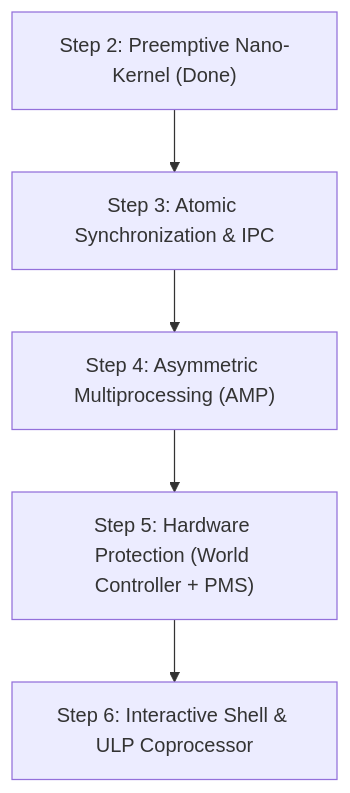
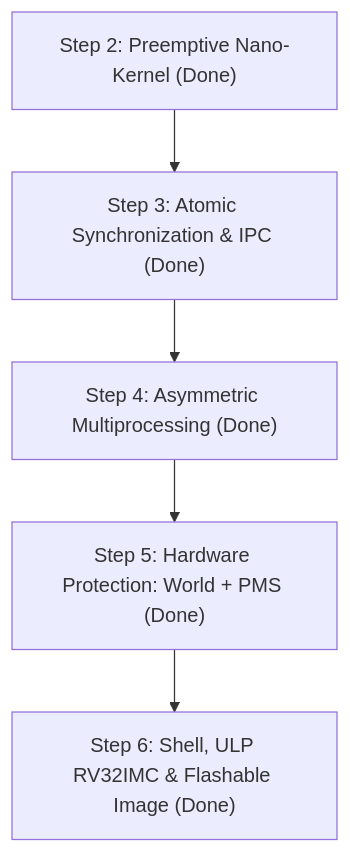
Before and after one commit to johnknevescarrijo/RadixOS: the diagram in AGENTS.md, drawn with Mermaid. The commit also changed other lines of this file and 2 other files, not shown here.

Commit message:
docs: synchronize README, ROADMAP, and AGENTS.md with implemented steps and build targets

````diff
--- a/AGENTS.md
+++ b/AGENTS.md
@@ -18,7 +21,7 @@
 ```mermaid
 graph TD
-    S2["Step 2: Preemptive Nano-Kernel (Done)"] --> S3["Step 3: Atomic Synchronization & IPC"]
-    S3 --> S4["Step 4: Asymmetric Multiprocessing (AMP)"]
-    S4 --> S5["Step 5: Hardware Protection (World Controller + PMS)"]
-    S5 --> S6["Step 6: Interactive Shell & ULP Coprocessor"]
+    S2["Step 2: Preemptive Nano-Kernel (Done)"] --> S3["Step 3: Atomic Synchronization & IPC (Done)"]
+    S3 --> S4["Step 4: Asymmetric Multiprocessing (Done)"]
+    S4 --> S5["Step 5: Hardware Protection: World + PMS (Done)"]
+    S5 --> S6["Step 6: Shell, ULP RV32IMC & Flashable Image (Done)"]
 ```
````
